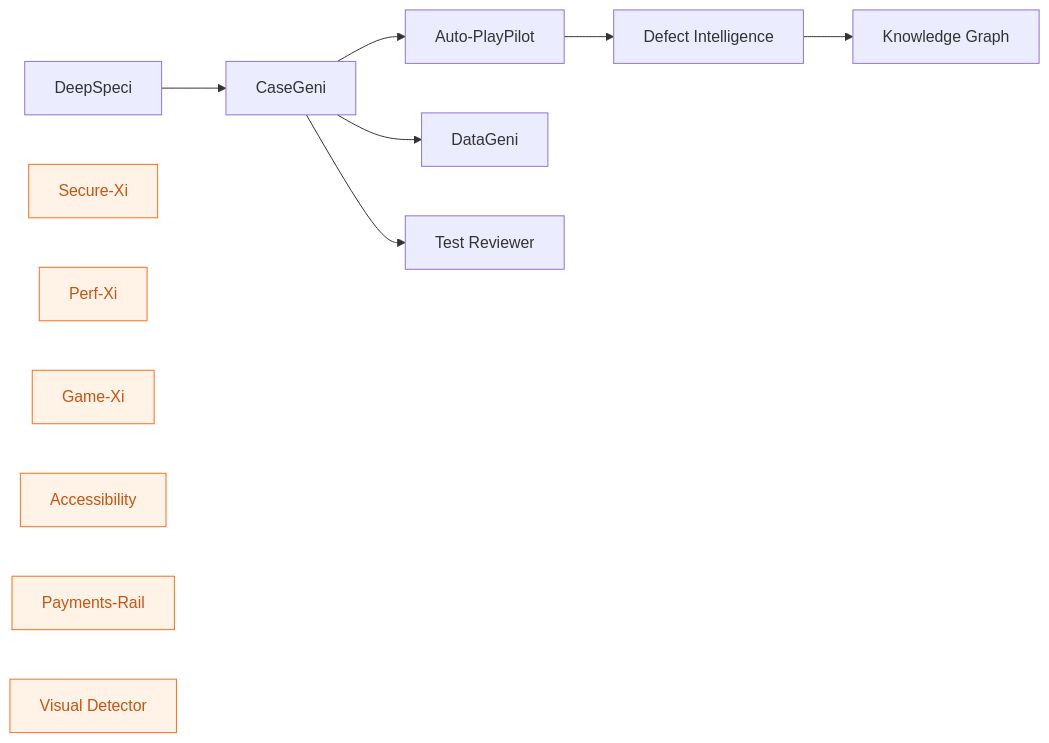
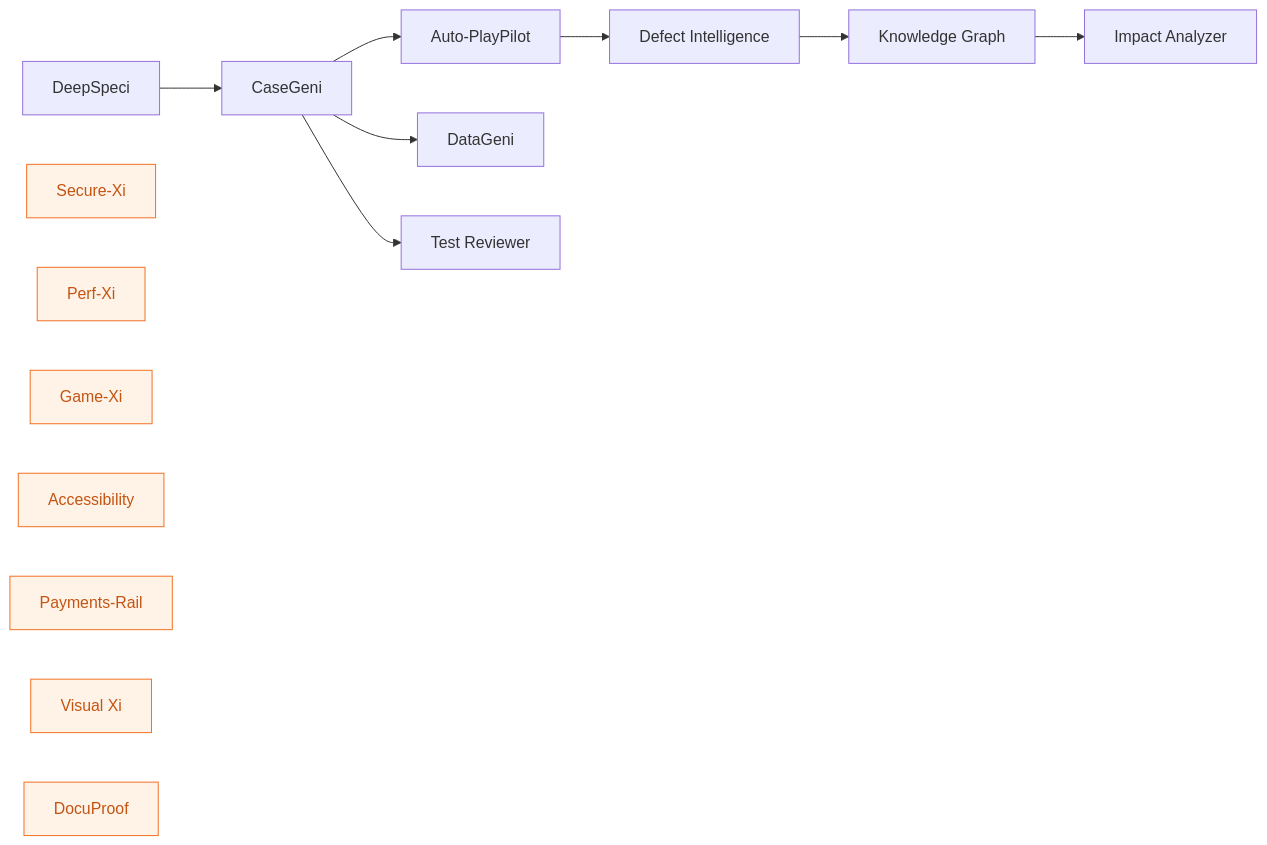
One commit to QE-CoE/zenseaiqicookbook changed the diagram in docs/agents/index.md. Above: the diagram before and after it, drawn with Mermaid. The commit also changed other lines of this file and 34 other files, not shown here.

````diff
--- a/docs/agents/index.md
+++ b/docs/agents/index.md
@@ -20,17 +33,19 @@
 ```mermaid
 flowchart LR
   DS[DeepSpeci] --> CG[CaseGeni]
   CG --> APP[Auto-PlayPilot]
   CG --> DG[DataGeni]
   CG --> TR[Test Reviewer]
   APP --> DI[Defect Intelligence]
   DI --> KG[Knowledge Graph]
+  KG --> IA[Impact Analyzer]
 
   SX[Secure-Xi]:::std
   PX[Perf-Xi]:::std
   GX[Game-Xi]:::std
   AC[Accessibility]:::std
   PR[Payments-Rail]:::std
-  VD[Visual Detector]:::std
+  VD[Visual Xi]:::std
+  DP[DocuProof]:::std
   classDef std fill:#FFF3E8,stroke:#F37021,color:#C45412
 ```
````
